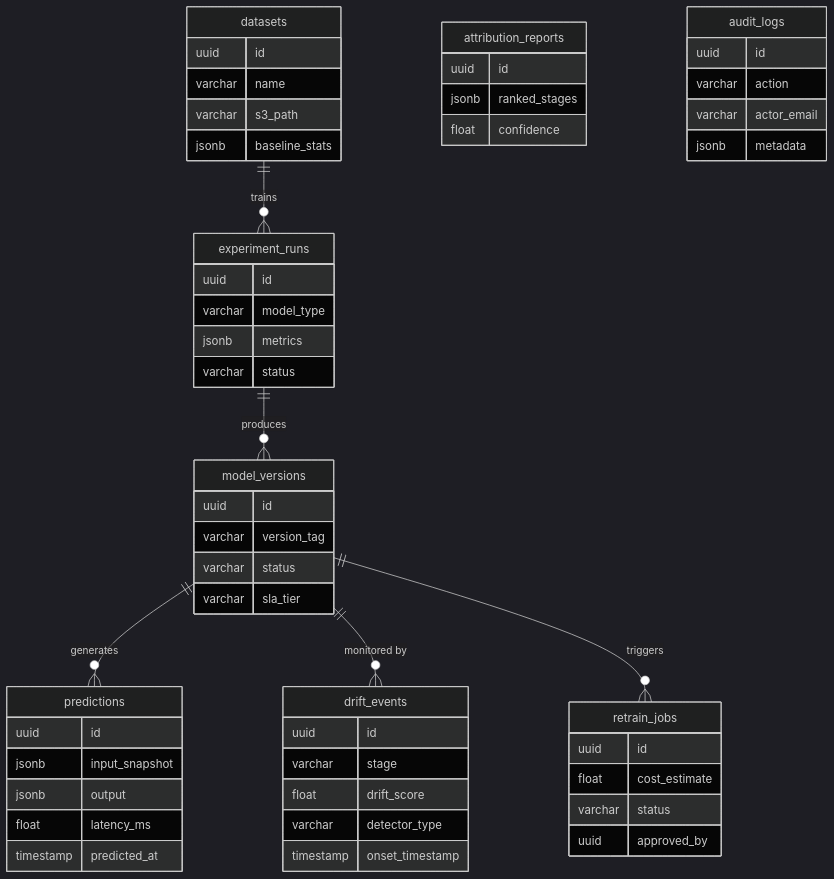
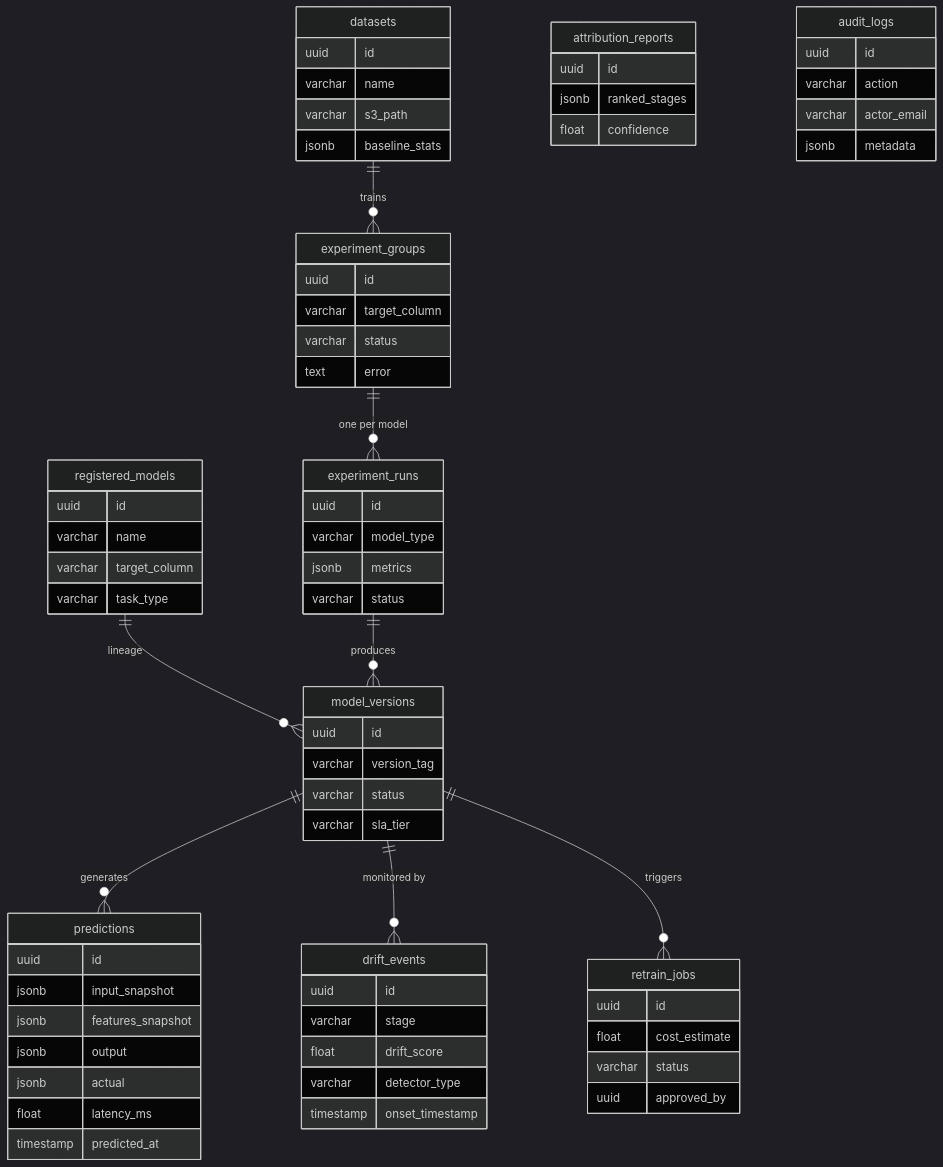
The fourth of 5 diagrams in README.md (Dinesh-kumar9/Drift_Detection), drawn with Mermaid (dark theme) before and after one commit. The commit also changed other lines of this file and 66 other files, not shown here.

````diff
--- a/README.md
+++ b/README.md
@@ -180,58 +204,74 @@
 ```mermaid
 erDiagram
-    datasets ||--o{ experiment_runs : "trains"
+    datasets ||--o{ experiment_groups : "trains"
+    experiment_groups ||--o{ experiment_runs : "one per model"
+    registered_models ||--o{ model_versions : "lineage"
     experiment_runs ||--o{ model_versions : "produces"
     model_versions ||--o{ predictions : "generates"
     model_versions ||--o{ drift_events : "monitored by"
     model_versions ||--o{ retrain_jobs : "triggers"
 
     datasets {
         uuid    id
         varchar name
         varchar s3_path
         jsonb   baseline_stats
+    }
+    registered_models {
+        uuid    id
+        varchar name
+        varchar target_column
+        varchar task_type
+    }
+    experiment_groups {
+        uuid    id
+        varchar target_column
+        varchar status
+        text    error
     }
     experiment_runs {
         uuid    id
         varchar model_type
         jsonb   metrics
         varchar status
     }
     model_versions {
         uuid    id
         varchar version_tag
         varchar status
         varchar sla_tier
     }
     predictions {
         uuid      id
         jsonb     input_snapshot
+        jsonb     features_snapshot
         jsonb     output
+        jsonb     actual
         float     latency_ms
         timestamp predicted_at
     }
     drift_events {
         uuid      id
         varchar   stage
         float     drift_score
         varchar   detector_type
         timestamp onset_timestamp
     }
     attribution_reports {
         uuid  id
         jsonb ranked_stages
         float confidence
     }
     retrain_jobs {
         uuid    id
         float   cost_estimate
         varchar status
         uuid    approved_by
     }
     audit_logs {
         uuid    id
         varchar action
         varchar actor_email
         jsonb   metadata
     }
 ```
````
